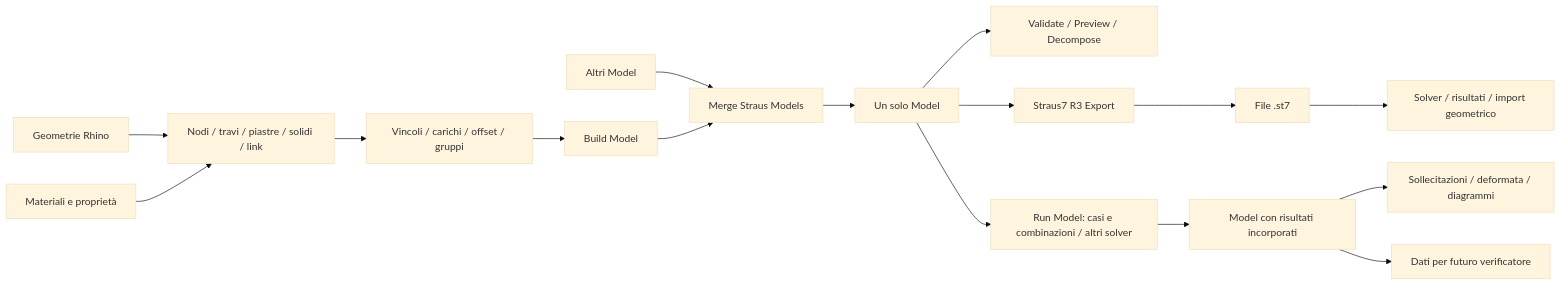
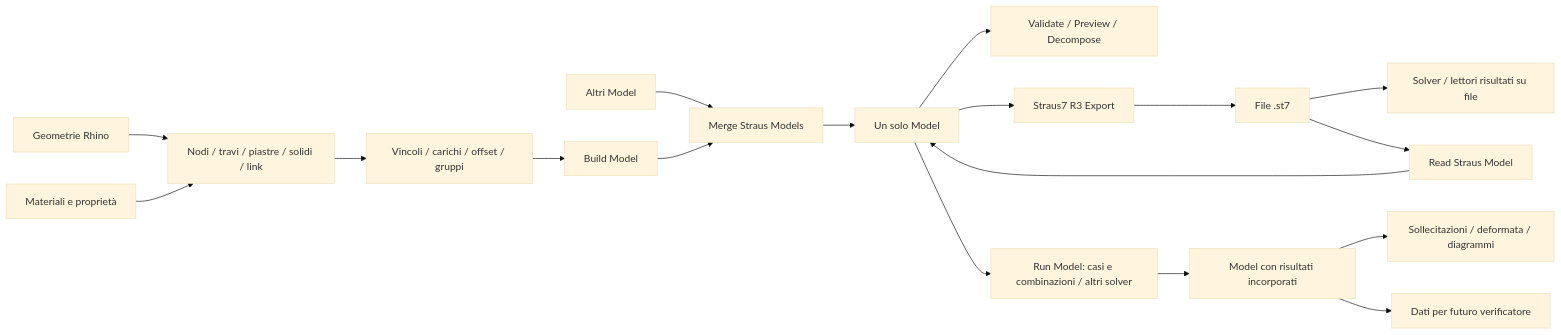
The diagram in README.md (ITEC-GPA/Rhino2Straus), drawn with Mermaid (base theme) before and after one commit. The commit also changed other lines of this file and 97 other files, not shown here.

Commit message:
Import existing Straus models and add complete Grasshopper examples

````diff
--- a/README.md
+++ b/README.md
@@ -15,18 +17,20 @@
 ```mermaid
 flowchart LR
   G[Geometrie Rhino] --> E[Nodi / travi / piastre / solidi / link]
   P[Materiali e proprietà] --> E
   E --> A[Vincoli / carichi / offset / gruppi]
   A --> B[Build Model]
   M[Altri Model] --> U[Merge Straus Models]
   B --> U
   U --> S[Un solo Model]
   S --> V[Validate / Preview / Decompose]
   S --> X[Straus7 R3 Export]
   X --> F[File .st7]
-  F --> R[Solver / risultati / import geometrico]
+  F --> R[Solver / lettori risultati su file]
+  F --> I[Read Straus Model]
+  I --> S
   S --> C[Run Model: casi e combinazioni / altri solver]
   C --> RM[Model con risultati incorporati]
   RM --> Q[Sollecitazioni / deformata / diagrammi]
   RM --> K[Dati per futuro verificatore]
 ```
````
